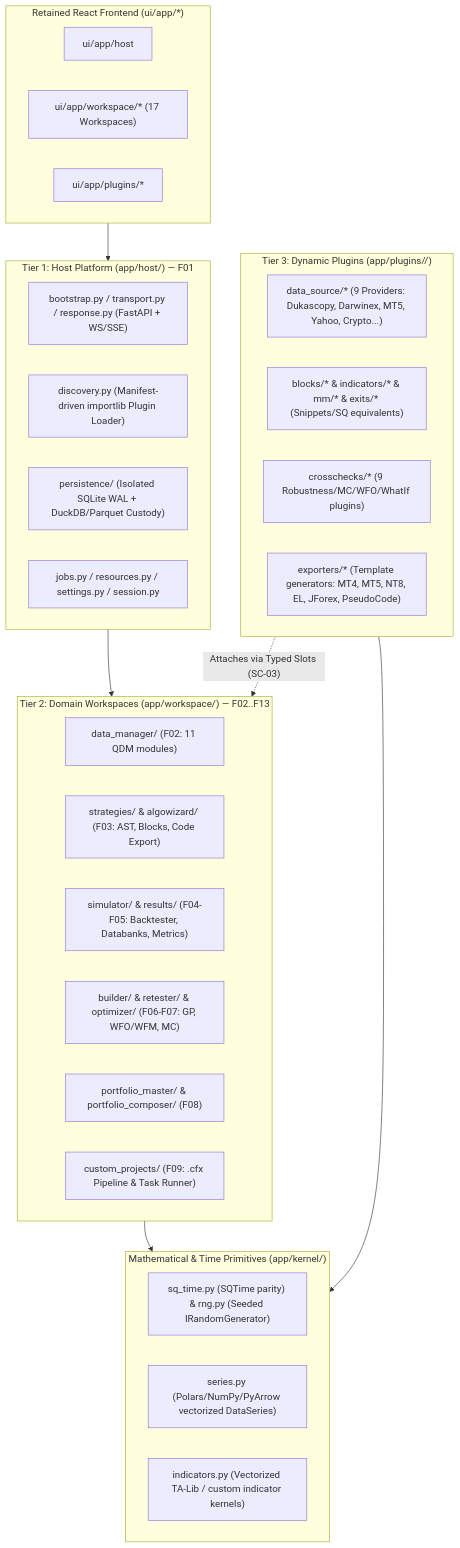
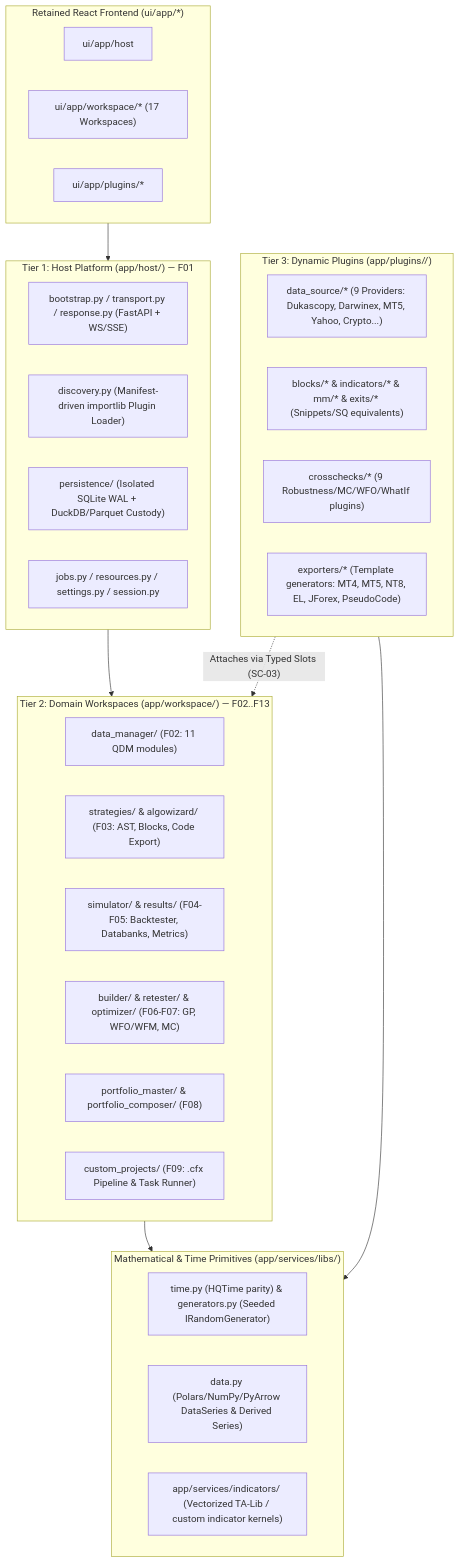
One commit to haruperi/HaruQuantAI changed the second of 4 diagrams in docs/SQX/architecture-and-reimplementation.md. Above: the diagram before and after it, drawn with Mermaid. The commit also changed other lines of this file and 40 other files, not shown here.

First line of the commit message:
Refactor data and trading libs to be fully self sufficient

````diff
--- a/docs/SQX/architecture-and-reimplementation.md
+++ b/docs/SQX/architecture-and-reimplementation.md
@@ -206,43 +206,43 @@
 ```mermaid
 flowchart TD
     subgraph UI["Retained React Frontend (ui/app/*)"]
         UIHost["ui/app/host"]
         UIWS["ui/app/workspace/* (17 Workspaces)"]
         UIPlug["ui/app/plugins/*"]
     end
 
     subgraph Tier1["Tier 1: Host Platform (app/host/) — F01"]
         Boot["bootstrap.py / transport.py / response.py (FastAPI + WS/SSE)"]
         Disc["discovery.py (Manifest-driven importlib Plugin Loader)"]
         Persist["persistence/ (Isolated SQLite WAL + DuckDB/Parquet Custody)"]
         Jobs["jobs.py / resources.py / settings.py / session.py"]
     end
 
     subgraph Tier2["Tier 2: Domain Workspaces (app/workspace/) — F02..F13"]
         DM["data_manager/ (F02: 11 QDM modules)"]
         Strat["strategies/ & algowizard/ (F03: AST, Blocks, Code Export)"]
         Sim["simulator/ & results/ (F04-F05: Backtester, Databanks, Metrics)"]
         Gen["builder/ & retester/ & optimizer/ (F06-F07: GP, WFO/WFM, MC)"]
         Port["portfolio_master/ & portfolio_composer/ (F08)"]
         Proj["custom_projects/ (F09: .cfx Pipeline & Task Runner)"]
     end
 
     subgraph Tier3["Tier 3: Dynamic Plugins (app/plugins/<slot>/)"]
         PData["data_source/* (9 Providers: Dukascopy, Darwinex, MT5, Yahoo, Crypto...)"]
         PBlocks["blocks/* & indicators/* & mm/* & exits/* (Snippets/SQ equivalents)"]
         PCross["crosschecks/* (9 Robustness/MC/WFO/WhatIf plugins)"]
         PExport["exporters/* (Template generators: MT4, MT5, NT8, EL, JForex, PseudoCode)"]
     end
 
-    subgraph Kernel["Mathematical & Time Primitives (app/kernel/)"]
-        KTime["sq_time.py (SQTime parity) & rng.py (Seeded IRandomGenerator)"]
-        KSeries["series.py (Polars/NumPy/PyArrow vectorized DataSeries)"]
-        KInd["indicators.py (Vectorized TA-Lib / custom indicator kernels)"]
+    subgraph Kernel["Mathematical & Time Primitives (app/services/libs/)"]
+        KTime["time.py (HQTime parity) & generators.py (Seeded IRandomGenerator)"]
+        KSeries["data.py (Polars/NumPy/PyArrow DataSeries & Derived Series)"]
+        KInd["app/services/indicators/ (Vectorized TA-Lib / custom indicator kernels)"]
     end
 
     UI --> Tier1
     Tier1 --> Tier2
     Tier3 -.->|"Attaches via Typed Slots (SC-03)"| Tier2
     Tier2 --> Kernel
     Tier3 --> Kernel
 ```
````
